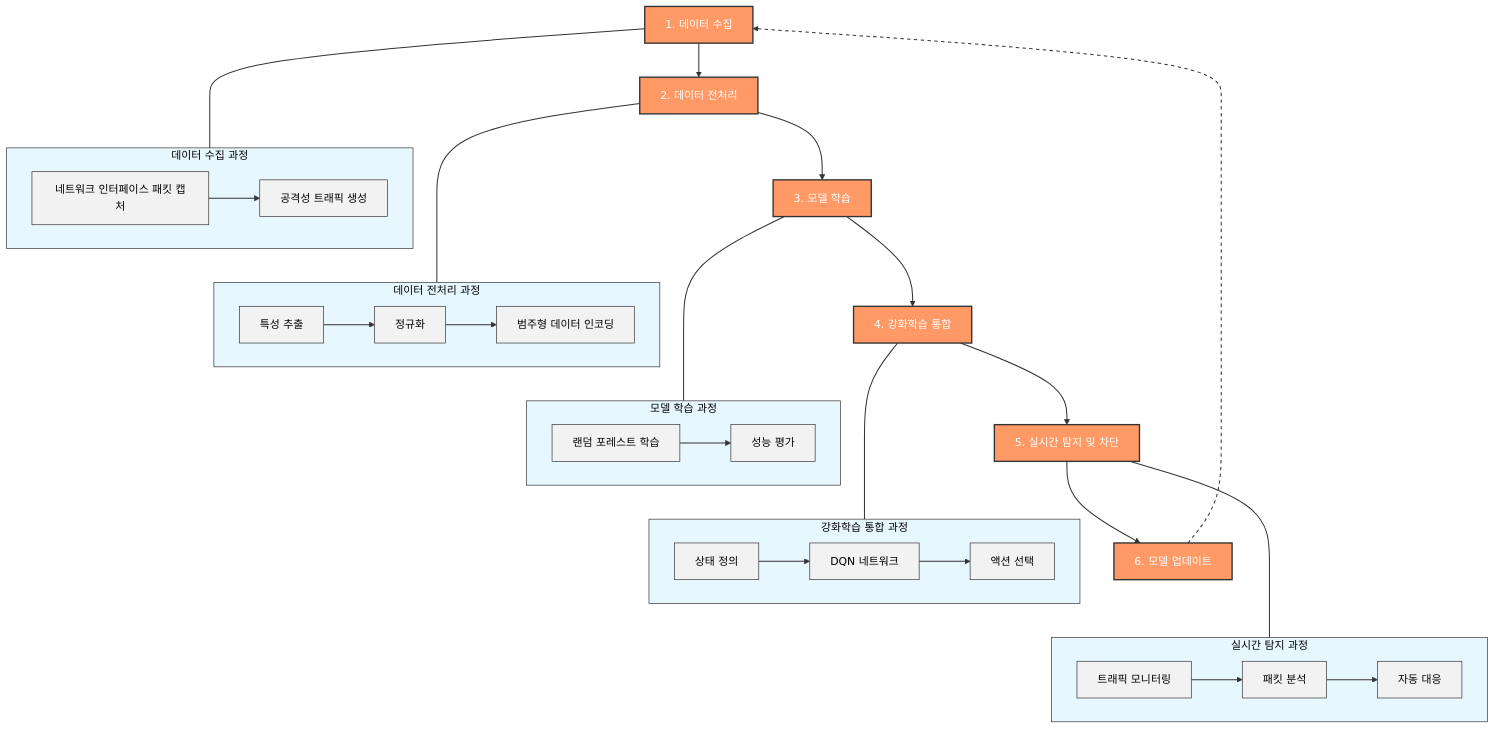
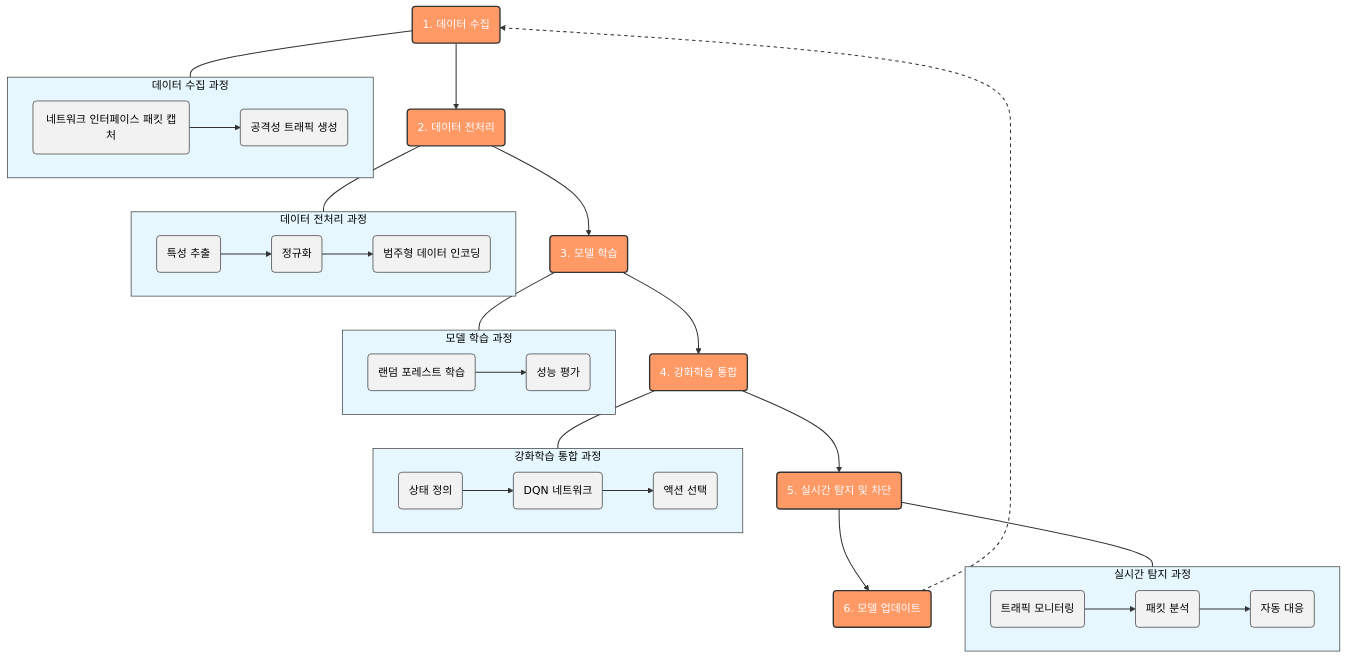
One commit to Es5724/Intrusion_DetectionSystem_AIagent changed the first of 4 diagrams in README.md. Above: the diagram before and after it, drawn with Mermaid (forest theme).

````diff
--- a/README.md
+++ b/README.md
@@ -98,63 +98,78 @@
 ```mermaid
 flowchart TB
     %% 주요 단계 정의
-    step1["1. 데이터 수집"]
-    step2["2. 데이터 전처리"]
-    step3["3. 모델 학습"]
-    step4["4. 강화학습 통합"]
-    step5["5. 실시간 탐지 및 차단"]
-    step6["6. 모델 업데이트"]
+    step1("1. 데이터 수집")
+    step2("2. 데이터 전처리")
+    step3("3. 모델 학습")
+    step4("4. 강화학습 통합")
+    step5("5. 실시간 탐지 및 차단")
+    step6("6. 모델 업데이트")
     
     %% 단계별 연결
     step1 --> step2 --> step3 --> step4 --> step5 --> step6
     step6 -.-> step1
     
     %% 각 단계의 세부 과정
     subgraph collection["데이터 수집 과정"]
         direction LR
-        interface["네트워크 인터페이스 패킷 캡처"] --> generator["공격성 트래픽 생성"]
+        interface("네트워크 인터페이스 패킷 캡처") --> generator("공격성 트래픽 생성")
     end
     
     subgraph preprocessing["데이터 전처리 과정"]
         direction LR
-        extract["특성 추출"] --> normalize["정규화"] --> encode["범주형 데이터 인코딩"]
+        extract("특성 추출") --> normalize("정규화") --> encode("범주형 데이터 인코딩")
     end
     
     subgraph training["모델 학습 과정"]
         direction LR
-        rf["랜덤 포레스트 학습"] --> evaluate["성능 평가"]
+        rf("랜덤 포레스트 학습") --> evaluate("성능 평가")
     end
     
     subgraph rl_integration["강화학습 통합 과정"]
         direction LR
-        state["상태 정의"] --> dqn["DQN 네트워크"] --> action["액션 선택"]
+        state("상태 정의") --> dqn("DQN 네트워크") --> action("액션 선택")
     end
     
     subgraph detection["실시간 탐지 과정"]
         direction LR
-        monitor["트래픽 모니터링"] --> analyze["패킷 분석"] --> respond["자동 대응"]
+        monitor("트래픽 모니터링") --> analyze("패킷 분석") --> respond("자동 대응")
     end
     
     %% 단계와 세부 과정 연결
-    step1 ---- collection
-    step2 ---- preprocessing
-    step3 ---- training
-    step4 ---- rl_integration
-    step5 ---- detection
+    step1 --- collection
+    step2 --- preprocessing
+    step3 --- training
+    step4 --- rl_integration
+    step5 --- detection
     
     %% 스타일 정의
-    classDef mainStep fill:#f96,stroke:#333,stroke-width:2px,color:white;
-    class step1,step2,step3,step4,step5,step6 mainStep;
+    style step1 fill:#f96,stroke:#333,stroke-width:2px,color:white
+    style step2 fill:#f96,stroke:#333,stroke-width:2px,color:white
+    style step3 fill:#f96,stroke:#333,stroke-width:2px,color:white
+    style step4 fill:#f96,stroke:#333,stroke-width:2px,color:white
+    style step5 fill:#f96,stroke:#333,stroke-width:2px,color:white
+    style step6 fill:#f96,stroke:#333,stroke-width:2px,color:white
     
-    classDef processBox fill:#e6f7ff,stroke:#333,stroke-width:1px,color:black;
-    class collection,preprocessing,training,rl_integration,detection processBox;
+    style collection fill:#e6f7ff,stroke:#333,stroke-width:1px,color:black
+    style preprocessing fill:#e6f7ff,stroke:#333,stroke-width:1px,color:black
+    style training fill:#e6f7ff,stroke:#333,stroke-width:1px,color:black
+    style rl_integration fill:#e6f7ff,stroke:#333,stroke-width:1px,color:black
+    style detection fill:#e6f7ff,stroke:#333,stroke-width:1px,color:black
     
-    classDef nodeText fill:#f2f2f2,stroke:#333,stroke-width:1px,color:black;
-    class interface,generator,extract,normalize,encode,rf,evaluate,state,dqn,action,monitor,analyze,respond nodeText;
+    style interface fill:#f2f2f2,stroke:#333,stroke-width:1px,color:black
+    style generator fill:#f2f2f2,stroke:#333,stroke-width:1px,color:black
+    style extract fill:#f2f2f2,stroke:#333,stroke-width:1px,color:black
+    style normalize fill:#f2f2f2,stroke:#333,stroke-width:1px,color:black
+    style encode fill:#f2f2f2,stroke:#333,stroke-width:1px,color:black
+    style rf fill:#f2f2f2,stroke:#333,stroke-width:1px,color:black
+    style evaluate fill:#f2f2f2,stroke:#333,stroke-width:1px,color:black
+    style state fill:#f2f2f2,stroke:#333,stroke-width:1px,color:black
+    style dqn fill:#f2f2f2,stroke:#333,stroke-width:1px,color:black
+    style action fill:#f2f2f2,stroke:#333,stroke-width:1px,color:black
+    style monitor fill:#f2f2f2,stroke:#333,stroke-width:1px,color:black
+    style analyze fill:#f2f2f2,stroke:#333,stroke-width:1px,color:black
+    style respond fill:#f2f2f2,stroke:#333,stroke-width:1px,color:black
     
-    classDef subgraphText color:black;
-    class collection,preprocessing,training,rl_integration,detection subgraphText;
-    
-    linkStyle default stroke:#333,stroke-width:1.5px;
-    linkStyle 5 stroke:#333,stroke-width:1.5px,stroke-dasharray:5;
+    linkStyle default stroke:#333,stroke-width:1.5px
+    linkStyle 5 stroke:#333,stroke-width:1.5px,stroke-dasharray:5
 ```
````
